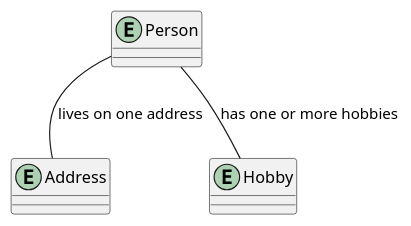
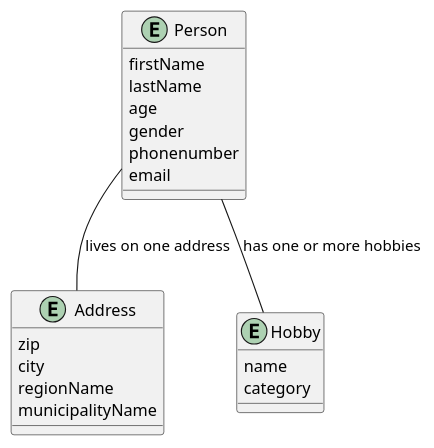
The diagram in domainmodel.puml (mbm1337/SP1.JPA.HOBBY), drawn with PlantUML before and after one commit.

```diff
--- a/domainmodel.puml
+++ b/domainmodel.puml
@@ -1,13 +1,28 @@
 @startuml
 
-entity Person
+entity Person {
+firstName
+lastName
+age
+gender
+phonenumber
+email
+}
 
-entity Address
+entity Address {
+zip
+city
+regionName
+municipalityName
+}
 
-entity Hobby
+entity Hobby {
+name
+category
+}
 
 Person -- Address : lives on one address
 Person -- Hobby : has one or more hobbies
 
 
 @enduml
```
